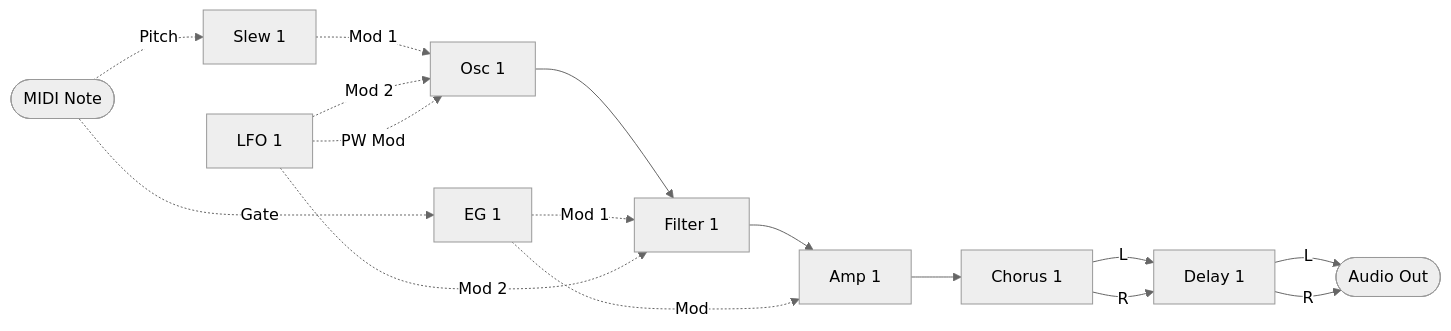
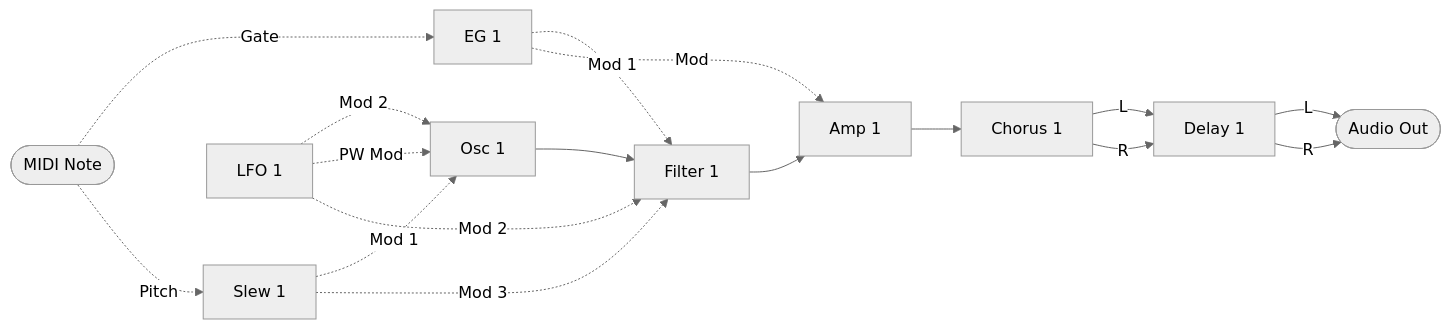
One commit to risgk/midi_synthesizer_spms1 changed the first of 6 diagrams in spms1_type2/README.ja.md. Above: the diagram before and after it, drawn with Mermaid (neutral theme). The commit also changed other lines of this file and 8 other files, not shown here.

First line of the commit message:
type-2: Add Filter 1 Mod 3, keyboard tracking from Slew 1 on CC 9, at its top by default

````diff
--- a/spms1_type2/README.ja.md
+++ b/spms1_type2/README.ja.md
@@ -138,30 +138,31 @@
 ```mermaid
 flowchart LR
   NOTE([MIDI Note])
   SLEW[Slew 1]
   LFO[LFO 1]
   EG[EG 1]
   OSC[Osc 1]
   FILTER[Filter 1]
   AMP[Amp 1]
   CHORUS[Chorus 1]
   DELAY[Delay 1]
   OUT([Audio Out])
 
   OSC --> FILTER
   FILTER --> AMP
   AMP --> CHORUS
   CHORUS -->|L| DELAY
   CHORUS -->|R| DELAY
   DELAY -->|L| OUT
   DELAY -->|R| OUT
 
   NOTE -. Gate .-> EG
   NOTE -. Pitch .-> SLEW
   SLEW -. Mod 1 .-> OSC
   LFO -. Mod 2 .-> OSC
   LFO -. PW Mod .-> OSC
   EG -. Mod 1 .-> FILTER
   LFO -. Mod 2 .-> FILTER
+  SLEW -. Mod 3 .-> FILTER
   EG -. Mod .-> AMP
 ```
````
